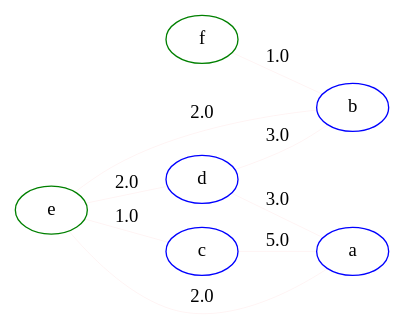
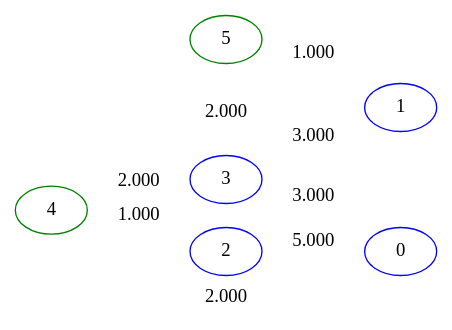
Before and after one commit to maximouth/algo: the diagram in implementation/res3.dot, drawn with Graphviz. The commit also changed 8 other files, not shown here.

```diff
--- a/implementation/res3.dot
+++ b/implementation/res3.dot
@@ -1,66 +1,67 @@
 graph g { 
 	rankdir = LR
+	size = "1500"
 
 	myNode5 [
-	label = "f"
+	label = "5"
 	color = green
 	pos = "200,0"
 	]
 
 	myNode4 [
-	label = "e"
+	label = "4"
 	color = green
 	pos = "100,100"
 	]
 
 	myNode3 [
-	label = "d"
+	label = "3"
 	color = blue
 	pos = "100,200"
 	]
 
 	myNode2 [
-	label = "c"
+	label = "2"
 	color = blue
 	pos = "100,0"
 	]
 
 	myNode1 [
-	label = "b"
+	label = "1"
 	color = blue
 	pos = "200,100"
 	]
 
 	myNode0 [
-	label = "a"
+	label = "0"
 	color = blue
 	pos = "0,100"
 	]
 
 
-"myNode5" -- "myNode1" [ 	penwidth = 0.04 
+"myNode5" -- "myNode1" [ 	penwidth = 0.001 
 	 color = red
-	label = "1.0" ]
-"myNode4" -- "myNode3" [ 	penwidth = 0.04 
+	label = "1.000" ]
+"myNode4" -- "myNode3" [ 	penwidth = 0.001 
 	 color = red
-	label = "2.0" ]
-"myNode4" -- "myNode2" [ 	penwidth = 0.04 
+	label = "2.000" ]
+"myNode4" -- "myNode2" [ 	penwidth = 0.001 
 	 color = red
-	label = "1.0" ]
-"myNode4" -- "myNode1" [ 	penwidth = 0.04 
+	label = "1.000" ]
+"myNode4" -- "myNode1" [ 	penwidth = 0.001 
 	 color = red
-	label = "2.0" ]
-"myNode4" -- "myNode0" [ 	penwidth = 0.04 
+	label = "2.000" ]
+"myNode4" -- "myNode0" [ 	penwidth = 0.001 
 	 color = red
-	label = "2.0" ]
-"myNode3" -- "myNode1" [ 	penwidth = 0.04 
+	label = "2.000" ]
+"myNode3" -- "myNode1" [ 	penwidth = 0.001 
 	 color = red
-	label = "3.0" ]
-"myNode3" -- "myNode0" [ 	penwidth = 0.04 
+	label = "3.000" ]
+"myNode3" -- "myNode0" [ 	penwidth = 0.001 
 	 color = red
-	label = "3.0" ]
-"myNode2" -- "myNode0" [ 	penwidth = 0.04 
+	label = "3.000" ]
+"myNode2" -- "myNode0" [ 	penwidth = 0.001 
 	 color = red
-	label = "5.0" ]
+	label = "5.000" ]
 
 }
```
